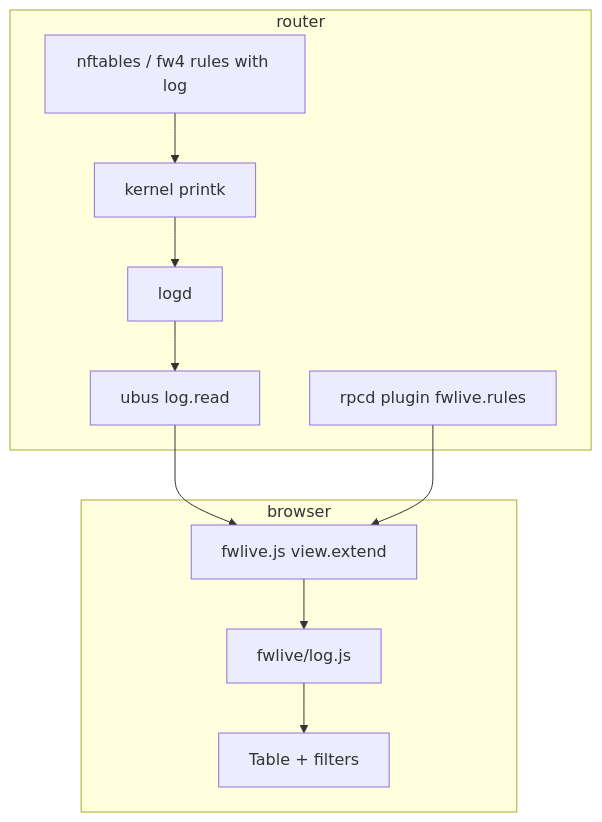
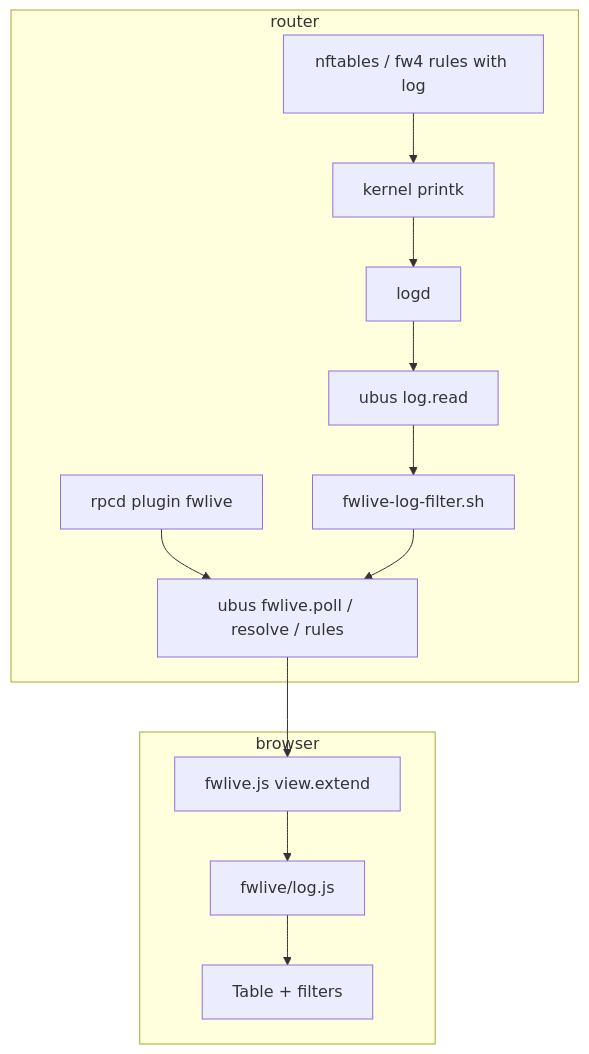
One commit to lucas-albers-lz4/fwlive changed the diagram in docs/developer/architecture.md. Above: the diagram before and after it, drawn with Mermaid. The commit also changed other lines of this file and 22 other files, not shown here.

````diff
--- a/docs/developer/architecture.md
+++ b/docs/developer/architecture.md
@@ -7,18 +7,22 @@
 ```mermaid
 flowchart TB
   subgraph router
     NFT[nftables / fw4 rules with log]
     KERN[kernel printk]
     LOGD[logd]
-    UBUS[ubus log.read]
-    RPCD[rpcd plugin fwlive.rules]
+    LOGREAD[ubus log.read]
+    FILTER[fwlive-log-filter.sh]
+    FWLIVE[ubus fwlive.poll / resolve / rules]
+    RPCD[rpcd plugin fwlive]
   end
   subgraph browser
     VIEW[fwlive.js view.extend]
     PARSER[fwlive/log.js]
     DOM[Table + filters]
   end
-  NFT --> KERN --> LOGD --> UBUS --> VIEW
-  RPCD --> VIEW
+  NFT --> KERN --> LOGD --> LOGREAD --> FILTER
+  RPCD --> FWLIVE
+  FILTER --> FWLIVE
+  FWLIVE --> VIEW
   VIEW --> PARSER --> DOM
 ```
````
